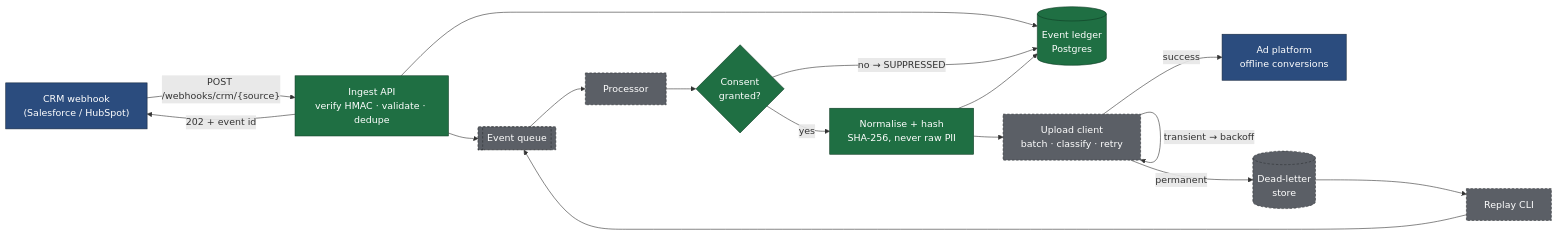
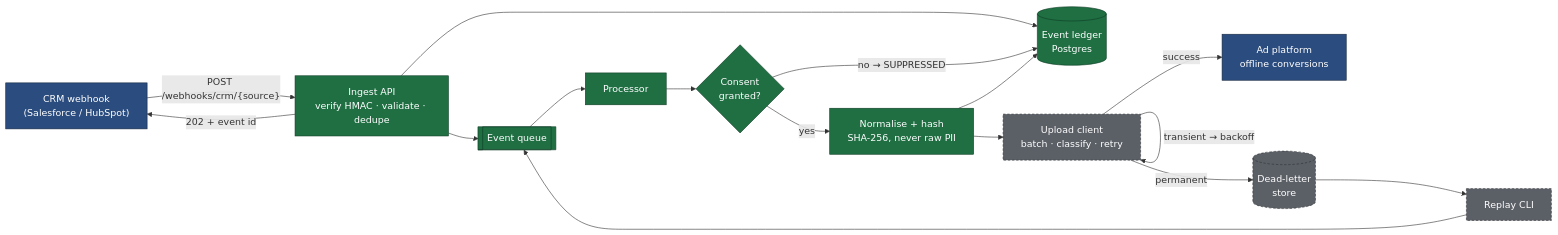
Before and after one commit to rajumohith50/conversion-gateway: the first of 4 diagrams in README.md, drawn with Mermaid. The commit also changed other lines of this file and 32 other files, not shown here.

````diff
--- a/README.md
+++ b/README.md
@@ -15,38 +15,38 @@
 ```mermaid
 flowchart LR
     CRM["CRM webhook<br/>(Salesforce / HubSpot)"]
     API["Ingest API<br/>verify HMAC · validate · dedupe"]
     LEDGER[("Event ledger<br/>Postgres")]
     Q[["Event queue"]]
     W["Processor"]
     CONSENT{"Consent<br/>granted?"}
     NORM["Normalise + hash<br/>SHA-256, never raw PII"]
     UP["Upload client<br/>batch · classify · retry"]
     ADS["Ad platform<br/>offline conversions"]
     DLQ[("Dead-letter<br/>store")]
     REPLAY["Replay CLI"]
 
     CRM -->|"POST /webhooks/crm/{source}"| API
     API -->|"202 + event id"| CRM
     API --> LEDGER
     API --> Q
     Q --> W
     W --> CONSENT
     CONSENT -->|"no → SUPPRESSED"| LEDGER
     CONSENT -->|yes| NORM
     NORM --> LEDGER
     NORM --> UP
     UP -->|success| ADS
     UP -->|"transient → backoff"| UP
     UP -->|"permanent"| DLQ
     DLQ --> REPLAY
     REPLAY --> Q
 
     classDef built fill:#1f6f43,stroke:#0e3d24,color:#ffffff
     classDef planned fill:#5b5f66,stroke:#2f3236,color:#ffffff,stroke-dasharray:4 3
     classDef external fill:#2b4c7e,stroke:#16283f,color:#ffffff
 
-    class API,LEDGER,NORM,CONSENT built
-    class Q,W,UP,DLQ,REPLAY planned
+    class API,LEDGER,Q,W,NORM,CONSENT built
+    class UP,DLQ,REPLAY planned
     class CRM,ADS external
 ```
````
